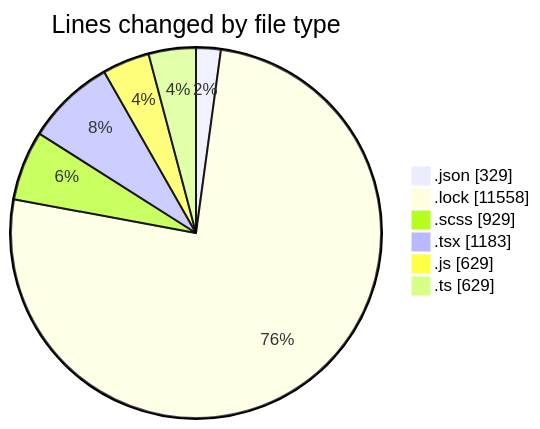
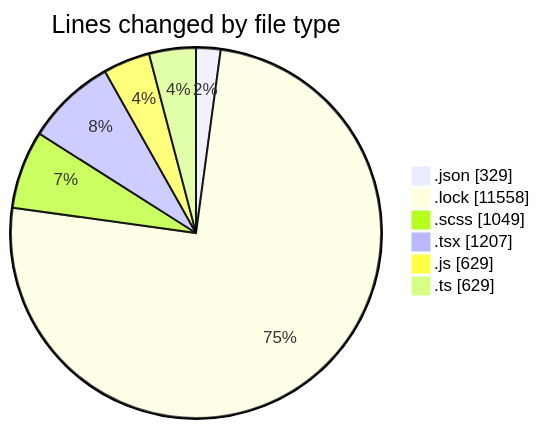
One commit to momahboobian/code-tracking changed the first of 2 diagrams in 2026-05-18/cda/README.md. Above: the diagram before and after it, drawn with Mermaid. The commit also changed other lines of this file and 1 other file, not shown here.

````diff
--- a/2026-05-18/cda/README.md
+++ b/2026-05-18/cda/README.md
@@ -41,10 +41,10 @@
 ```mermaid
 pie showData
 title Lines changed by file type
 ".json" : 329
 ".lock" : 11558
-".scss" : 929
-".tsx" : 1183
+".scss" : 1049
+".tsx" : 1207
 ".js" : 629
 ".ts" : 629
 ```
````
